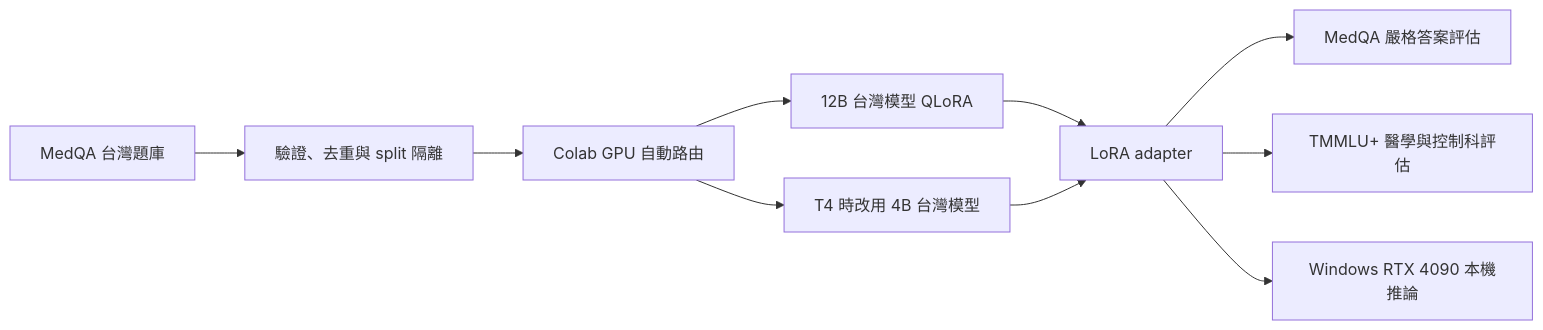
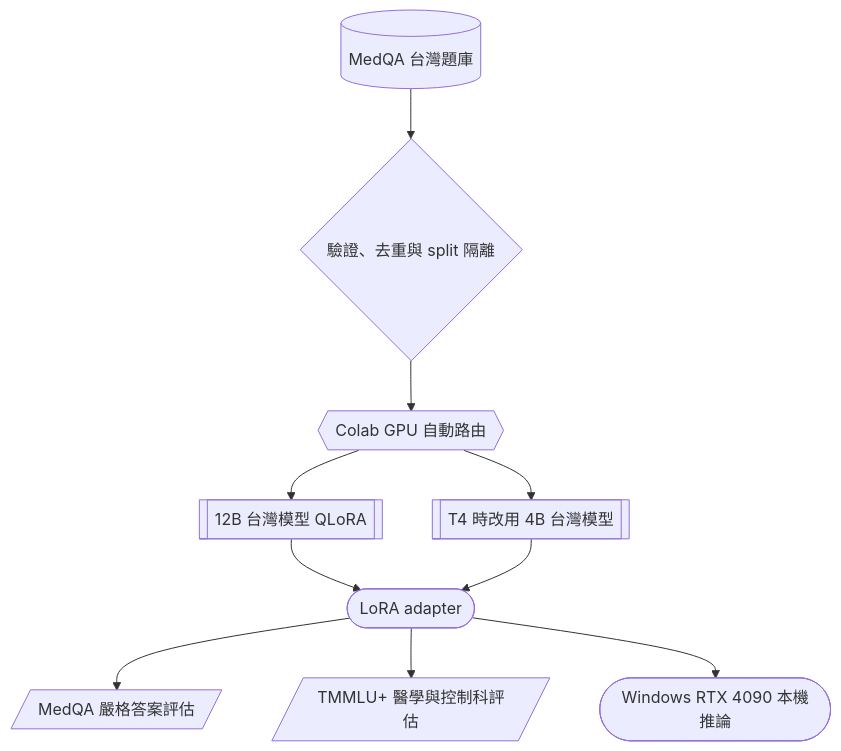
Before and after one commit to kuotunyu/tw-med-llm-qlora: the diagram in README.md, drawn with Mermaid.

Commit message:
docs(readme): 改善直式研究架構圖

````diff
--- a/README.md
+++ b/README.md
@@ -27,12 +27,12 @@
 ```mermaid
-flowchart LR
-    A["MedQA 台灣題庫"] --> B["驗證、去重與 split 隔離"]
-    B --> C["Colab GPU 自動路由"]
-    C --> D["12B 台灣模型 QLoRA"]
-    C --> E["T4 時改用 4B 台灣模型"]
-    D --> F["LoRA adapter"]
+flowchart TD
+    A[("MedQA 台灣題庫")] --> B{"驗證、去重與 split 隔離"}
+    B --> C{{"Colab GPU 自動路由"}}
+    C --> D[["12B 台灣模型 QLoRA"]]
+    C --> E[["T4 時改用 4B 台灣模型"]]
+    D --> F(["LoRA adapter"])
     E --> F
-    F --> G["MedQA 嚴格答案評估"]
-    F --> H["TMMLU+ 醫學與控制科評估"]
-    F --> I["Windows RTX 4090 本機推論"]
+    F --> G[/"MedQA 嚴格答案評估"/]
+    F --> H[/"TMMLU+ 醫學與控制科評估"/]
+    F --> I(["Windows RTX 4090 本機推論"])
 ```
````
